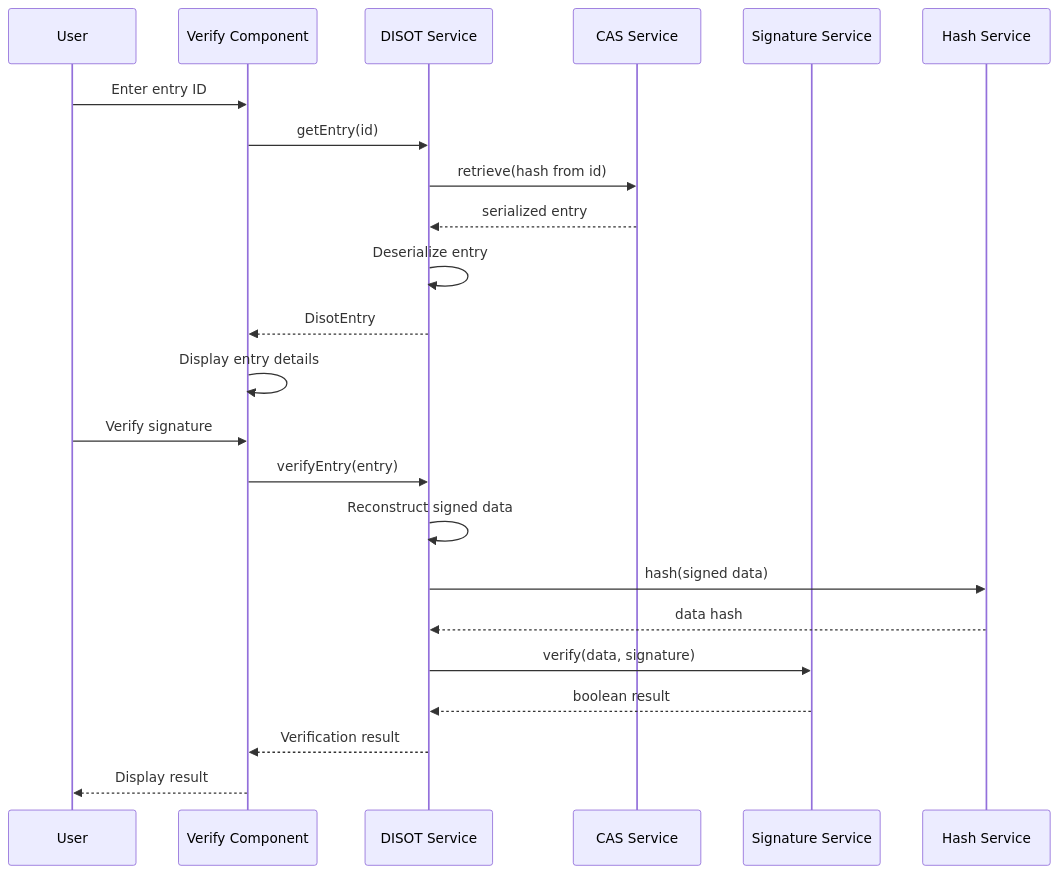
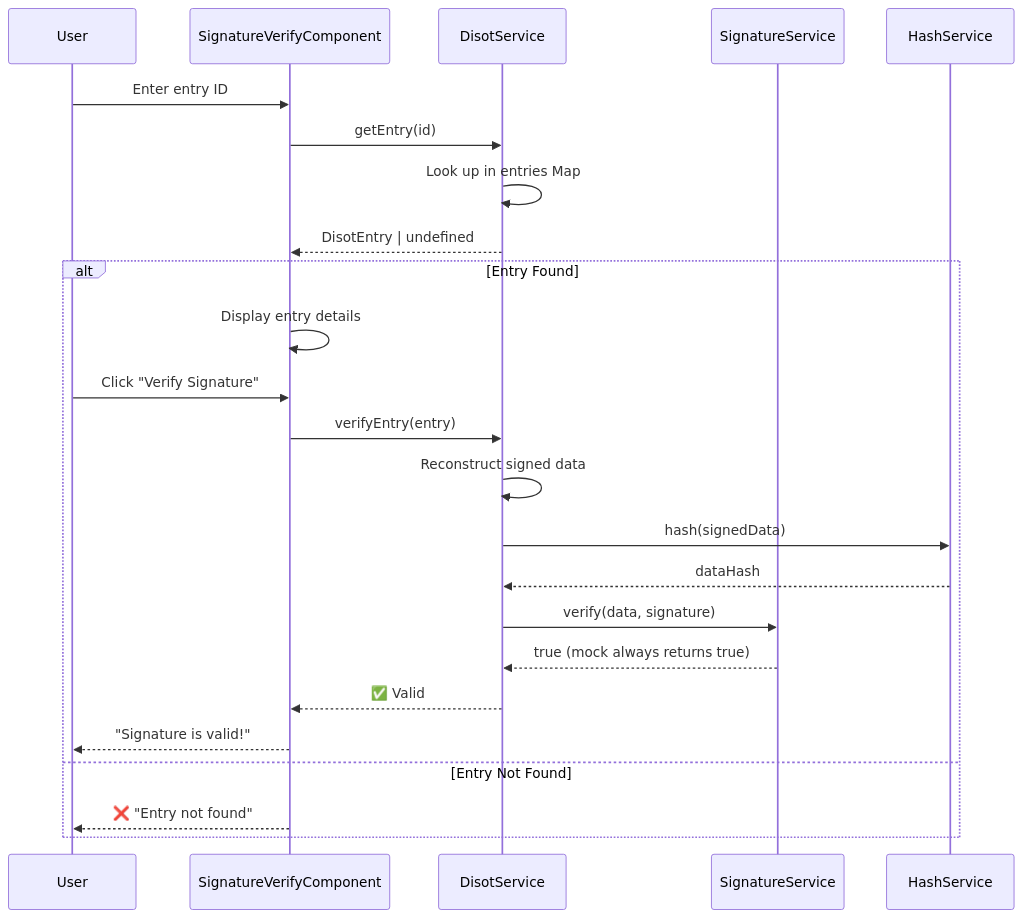
The seventh of 11 diagrams in docs/architecture/data-flow.md (o2alexanderfedin/angular-cas-disot), drawn with Mermaid before and after one commit. The commit also changed other lines of this file and 18 other files, not shown here.

````diff
--- a/docs/architecture/data-flow.md
+++ b/docs/architecture/data-flow.md
@@ -229,29 +247,31 @@
 ```mermaid
 sequenceDiagram
-    participant U as User
-    participant UI as Verify Component
-    participant DISOT as DISOT Service
-    participant CAS as CAS Service
-    participant SIG as Signature Service
-    participant HASH as Hash Service
+    participant User
+    participant SignatureVerifyComponent
+    participant DisotService
+    participant SignatureService
+    participant HashService
     
-    U->>UI: Enter entry ID
-    UI->>DISOT: getEntry(id)
-    DISOT->>CAS: retrieve(hash from id)
-    CAS-->>DISOT: serialized entry
-    DISOT->>DISOT: Deserialize entry
-    DISOT-->>UI: DisotEntry
+    User->>SignatureVerifyComponent: Enter entry ID
+    SignatureVerifyComponent->>DisotService: getEntry(id)
+    DisotService->>DisotService: Look up in entries Map
+    DisotService-->>SignatureVerifyComponent: DisotEntry | undefined
     
-    UI->>UI: Display entry details
-    U->>UI: Verify signature
-    UI->>DISOT: verifyEntry(entry)
-    
-    DISOT->>DISOT: Reconstruct signed data
-    DISOT->>HASH: hash(signed data)
-    HASH-->>DISOT: data hash
-    DISOT->>SIG: verify(data, signature)
-    SIG-->>DISOT: boolean result
-    
-    DISOT-->>UI: Verification result
-    UI-->>U: Display result
+    alt Entry Found
+        SignatureVerifyComponent->>SignatureVerifyComponent: Display entry details
+        User->>SignatureVerifyComponent: Click "Verify Signature"
+        
+        SignatureVerifyComponent->>DisotService: verifyEntry(entry)
+        DisotService->>DisotService: Reconstruct signed data
+        DisotService->>HashService: hash(signedData)
+        HashService-->>DisotService: dataHash
+        
+        DisotService->>SignatureService: verify(data, signature)
+        SignatureService-->>DisotService: true (mock always returns true)
+        
+        DisotService-->>SignatureVerifyComponent: ✅ Valid
+        SignatureVerifyComponent-->>User: "Signature is valid!"
+    else Entry Not Found
+        SignatureVerifyComponent-->>User: ❌ "Entry not found"
+    end
 ```
````
